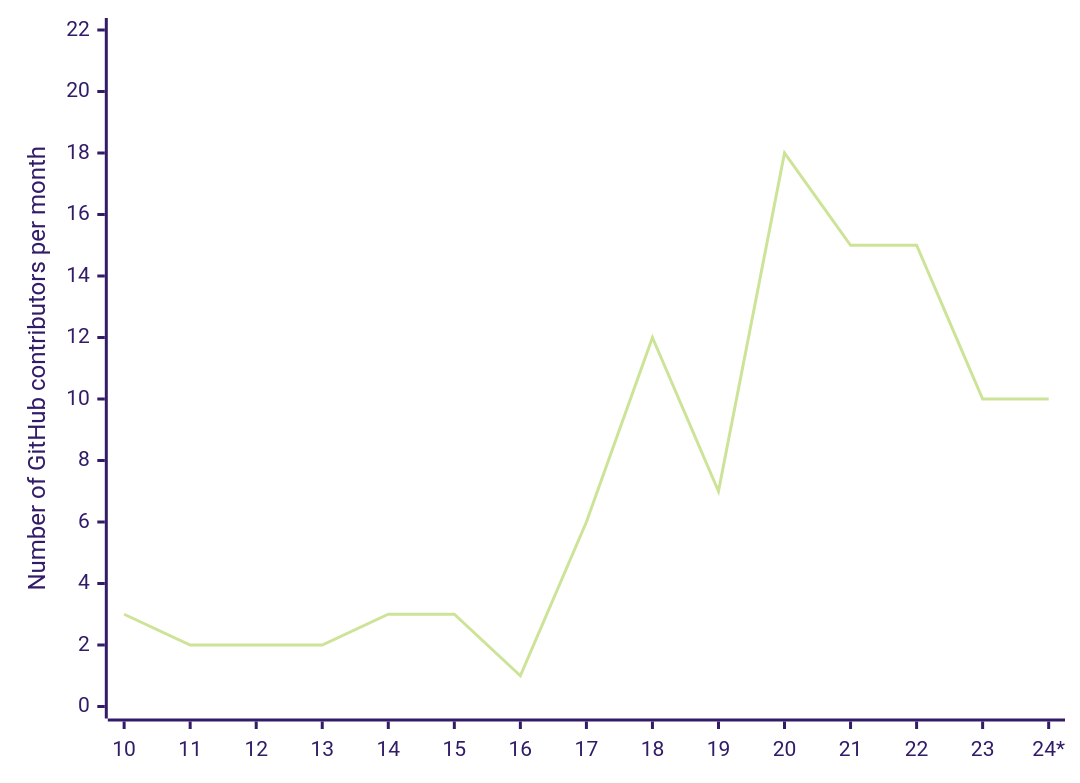
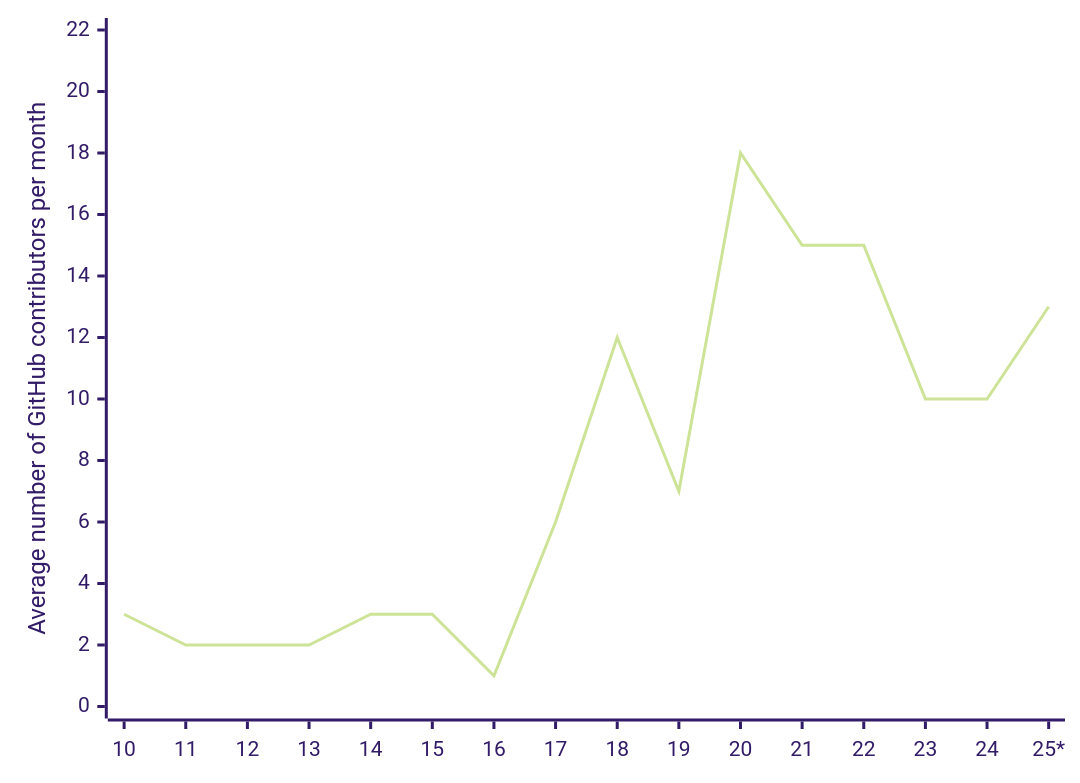
The third of 3 diagrams in src/pages/usage.md (OpenRefine/openrefine.org), drawn with Mermaid before and after one commit. The commit also changed other lines of this file, not shown here.

````diff
--- a/src/pages/usage.md
+++ b/src/pages/usage.md
@@ -71,7 +71,7 @@
 ```mermaid 
 %%{init: {'theme':'forest'}}%%
 xychart-beta 
-    x-axis   [10,11,12,13,14,15,16,17,18,19,20,21,22,23,24*]
-    y-axis "Number of GitHub contributors per month" 0 --> 22
-    line [3,2,2,2,3,3,1,6,12,7,18,15,15,10,10]
+    x-axis   [10,11,12,13,14,15,16,17,18,19,20,21,22,23,24,25*]
+    y-axis "Average number of GitHub contributors per month" 0 --> 22
+    line [3,2,2,2,3,3,1,6,12,7,18,15,15,10,10,13]
 ```
````
